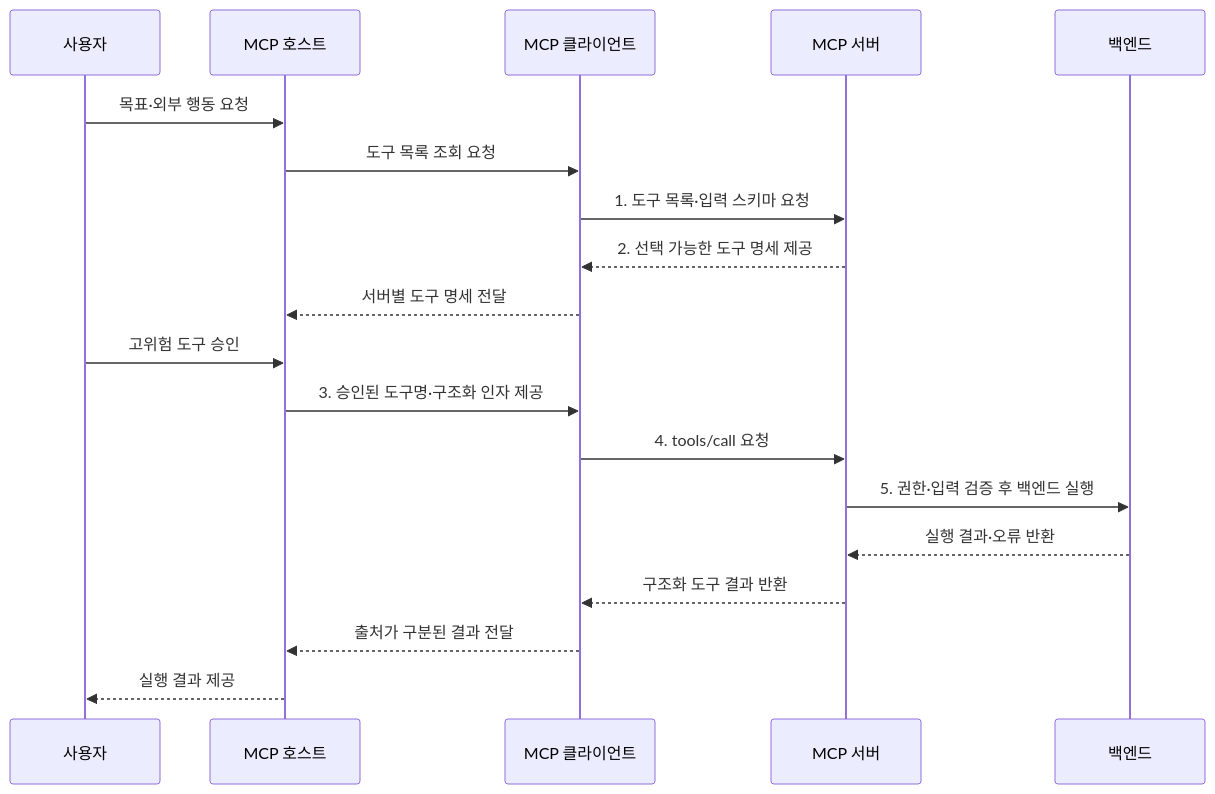
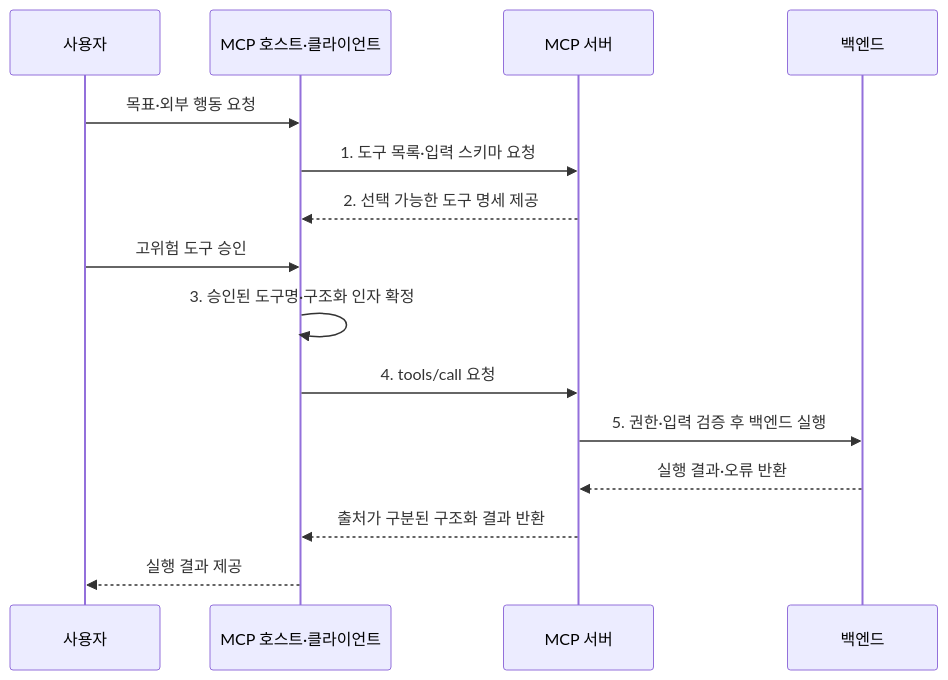
The second of 2 diagrams in src/content/docs/notes/08-latest-tech/010_mcp_tool.md (agnusdei1207/knowledge-base), drawn with Mermaid before and after one commit. The commit also changed 9 other files, not shown here.

Commit message:
Simplify AI system flow participants

````diff
--- a/src/content/docs/notes/08-latest-tech/010_mcp_tool.md
+++ b/src/content/docs/notes/08-latest-tech/010_mcp_tool.md
@@ -102,21 +102,17 @@
 ```mermaid
 sequenceDiagram
     participant U as 사용자
-    participant H as MCP 호스트
-    participant C as MCP 클라이언트
+    participant H as MCP 호스트·클라이언트
     participant S as MCP 서버
     participant B as 백엔드
     U->>H: 목표·외부 행동 요청
-    H->>C: 도구 목록 조회 요청
-    C->>S: 1. 도구 목록·입력 스키마 요청
-    S-->>C: 2. 선택 가능한 도구 명세 제공
-    C-->>H: 서버별 도구 명세 전달
+    H->>S: 1. 도구 목록·입력 스키마 요청
+    S-->>H: 2. 선택 가능한 도구 명세 제공
     U->>H: 고위험 도구 승인
-    H->>C: 3. 승인된 도구명·구조화 인자 제공
-    C->>S: 4. tools/call 요청
+    H->>H: 3. 승인된 도구명·구조화 인자 확정
+    H->>S: 4. tools/call 요청
     S->>B: 5. 권한·입력 검증 후 백엔드 실행
     B-->>S: 실행 결과·오류 반환
-    S-->>C: 구조화 도구 결과 반환
-    C-->>H: 출처가 구분된 결과 전달
+    S-->>H: 출처가 구분된 구조화 결과 반환
     H-->>U: 실행 결과 제공
 ```
````
